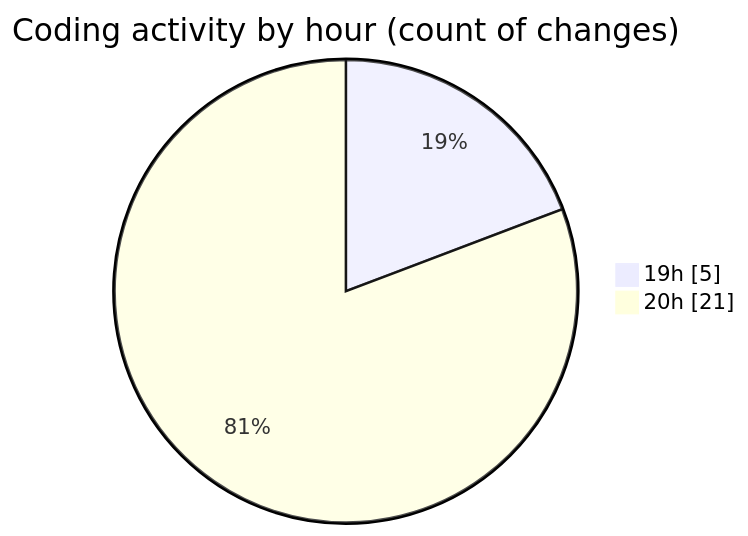
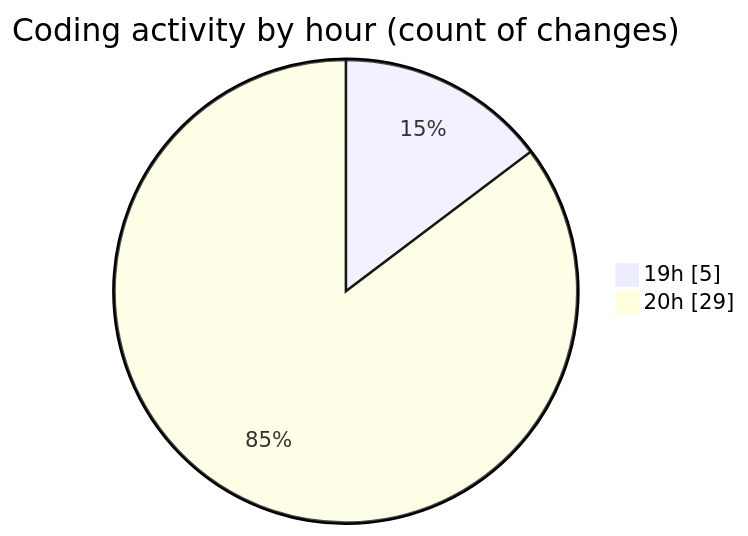
One commit to Netris89/code-tracking changed the second of 2 diagrams in 2025-04-25/echo/README.md. Above: the diagram before and after it, drawn with Mermaid. The commit also changed other lines of this file and 1 other file, not shown here.

````diff
--- a/2025-04-25/echo/README.md
+++ b/2025-04-25/echo/README.md
@@ -30,6 +30,6 @@
 ```mermaid
 pie showData
 title Coding activity by hour (count of changes)
 "19h" : 5
-"20h" : 21
+"20h" : 29
 ```
````
